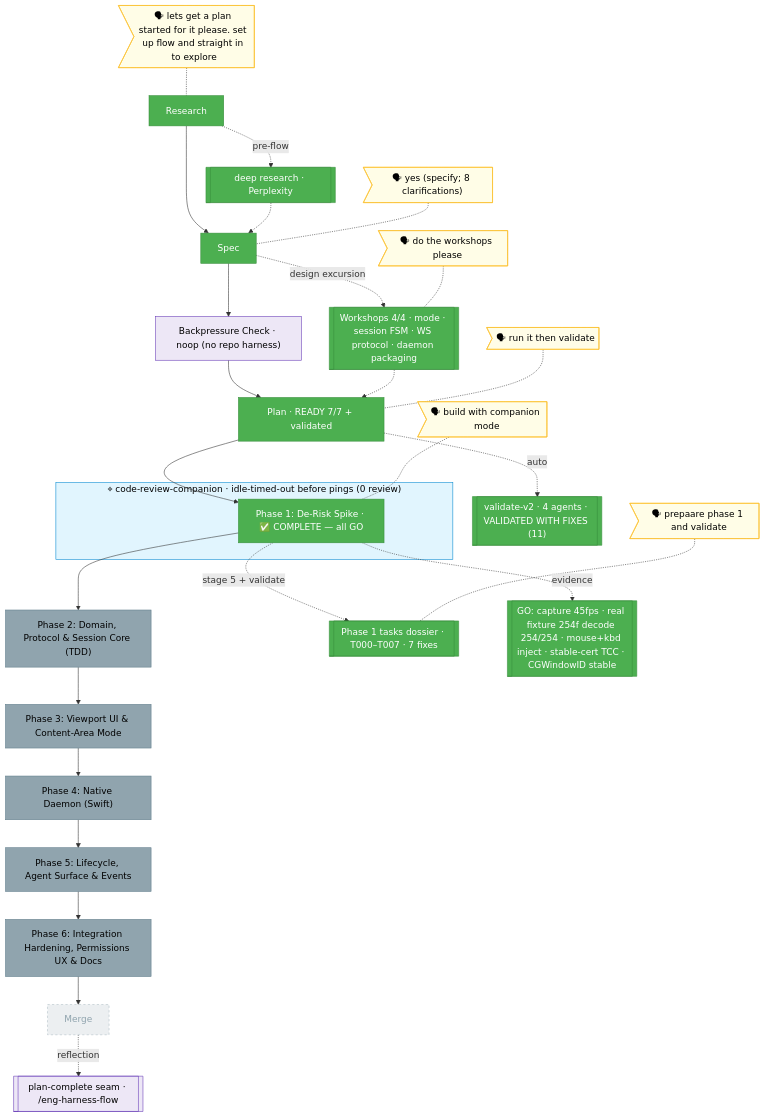
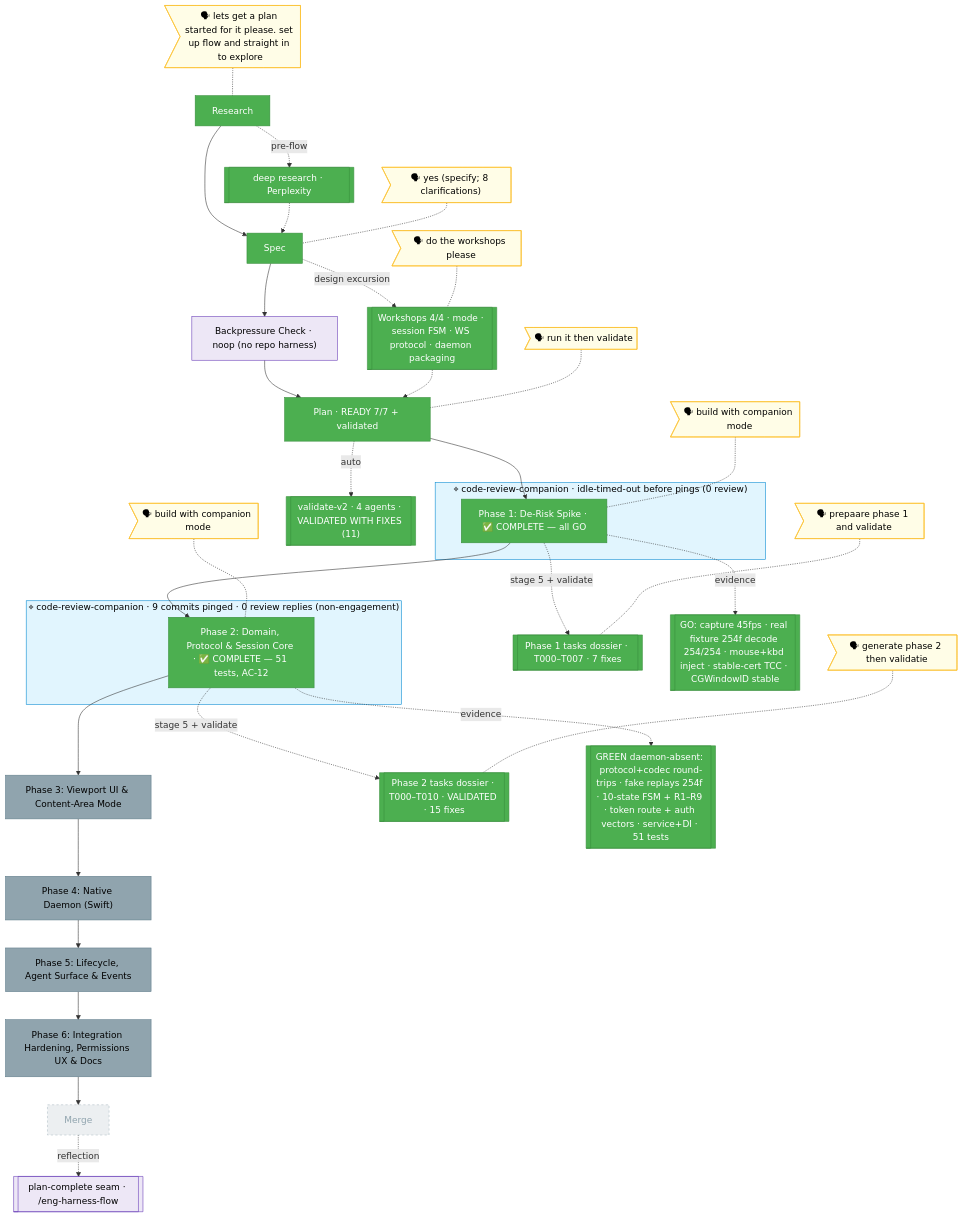
The diagram in docs/plans/088-remote-app-view/the-flow.md (AI-Substrate/chainglass), drawn with Mermaid before and after one commit. The commit also changed other lines of this file and 3 other files, not shown here.

First line of the commit message:
chore(the-flow): Phase 2 done — flight plan → review; companion debrief (Plan 088)

````diff
--- a/docs/plans/088-remote-app-view/the-flow.md
+++ b/docs/plans/088-remote-app-view/the-flow.md
@@ -7,45 +7,55 @@
 ```mermaid
 flowchart TD
     classDef done    fill:#4CAF50,stroke:#388E3C,color:#fff
     classDef wip     fill:#FF9800,stroke:#F57C00,color:#000
     classDef blocked fill:#F44336,stroke:#D32F2F,color:#fff
     classDef known   fill:#90A4AE,stroke:#607D8B,color:#000
     classDef assumed fill:#ECEFF1,stroke:#B0BEC5,color:#90A4AE,stroke-dasharray:4 4
     classDef said    fill:#FFFDE7,stroke:#FBC02D,color:#000
     classDef harness fill:#EDE7F6,stroke:#673AB7,color:#000
     classDef companion fill:#E1F5FE,stroke:#0288D1,color:#000
 
     %% ── spine ──
     R[Research]:::done --> S[Spec]:::done --> BP["Backpressure Check · noop (no repo harness)"]:::harness --> PL["Plan · READY 7/7 + validated"]:::done
-    PL --> P1["Phase 1: De-Risk Spike · ✅ COMPLETE — all GO"]:::done --> P2["Phase 2: Domain, Protocol & Session Core (TDD)"]:::known --> P3["Phase 3: Viewport UI & Content-Area Mode"]:::known --> P4["Phase 4: Native Daemon (Swift)"]:::known --> P5["Phase 5: Lifecycle, Agent Surface & Events"]:::known --> P6["Phase 6: Integration Hardening, Permissions UX & Docs"]:::known --> M[Merge]:::assumed
+    PL --> P1["Phase 1: De-Risk Spike · ✅ COMPLETE — all GO"]:::done --> P2["Phase 2: Domain, Protocol & Session Core · ✅ COMPLETE — 51 tests, AC-12"]:::done --> P3["Phase 3: Viewport UI & Content-Area Mode"]:::known --> P4["Phase 4: Native Daemon (Swift)"]:::known --> P5["Phase 5: Lifecycle, Agent Surface & Events"]:::known --> P6["Phase 6: Integration Hardening, Permissions UX & Docs"]:::known --> M[Merge]:::assumed
 
-    %% ── companion (wrapped the phase it was meant to review) ──
+    %% ── companions (each wrapped the phase it was meant to review) ──
     subgraph CW["⌖ code-review-companion · idle-timed-out before pings (0 review)"]
         P1
     end
     class CW companion
+    subgraph CW2["⌖ code-review-companion · 9 commits pinged · 0 review replies (non-engagement)"]
+        P2
+    end
+    class CW2 companion
 
     %% ── excursions ──
     R -.->|pre-flow| DR[["deep research · Perplexity"]]:::done
     DR -.-> S
     S -.->|design excursion| WS[["Workshops 4/4 · mode · session FSM · WS protocol · daemon packaging"]]:::done
     WS -.-> PL
     PL -.->|auto| V[["validate-v2 · 4 agents · VALIDATED WITH FIXES (11)"]]:::done
     P1 -.->|stage 5 + validate| T1[["Phase 1 tasks dossier · T000–T007 · 7 fixes"]]:::done
     P1 -.->|evidence| EV[["GO: capture 45fps · real fixture 254f decode 254/254 · mouse+kbd inject · stable-cert TCC · CGWindowID stable"]]:::done
+    P2 -.->|stage 5 + validate| T2[["Phase 2 tasks dossier · T000–T010 · VALIDATED · 15 fixes"]]:::done
+    P2 -.->|evidence| EV2[["GREEN daemon-absent: protocol+codec round-trips · fake replays 254f · 10-state FSM + R1–R9 · token route + auth vectors · service+DI · 51 tests"]]:::done
     M -.->|reflection| HH[["plan-complete seam · /eng-harness-flow"]]:::harness
 
     %% ── verbatim user-said bubbles ──
     UR>"🗣 lets get a plan started for it please. set up flow and straight in to explore"]:::said
     UR -.- R
     US>"🗣 yes (specify; 8 clarifications)"]:::said
     US -.- S
     UW>"🗣 do the workshops please"]:::said
     UW -.- WS
     UP>"🗣 run it then validate"]:::said
     UP -.- PL
     UT>"🗣 prepaare phase 1 and validate"]:::said
     UT -.- T1
     UB>"🗣 build with companion mode"]:::said
     UB -.- P1
+    UG>"🗣 generate phase 2 then validatie"]:::said
+    UG -.- T2
+    UB2>"🗣 build with companion mode"]:::said
+    UB2 -.- P2
 ```
````
